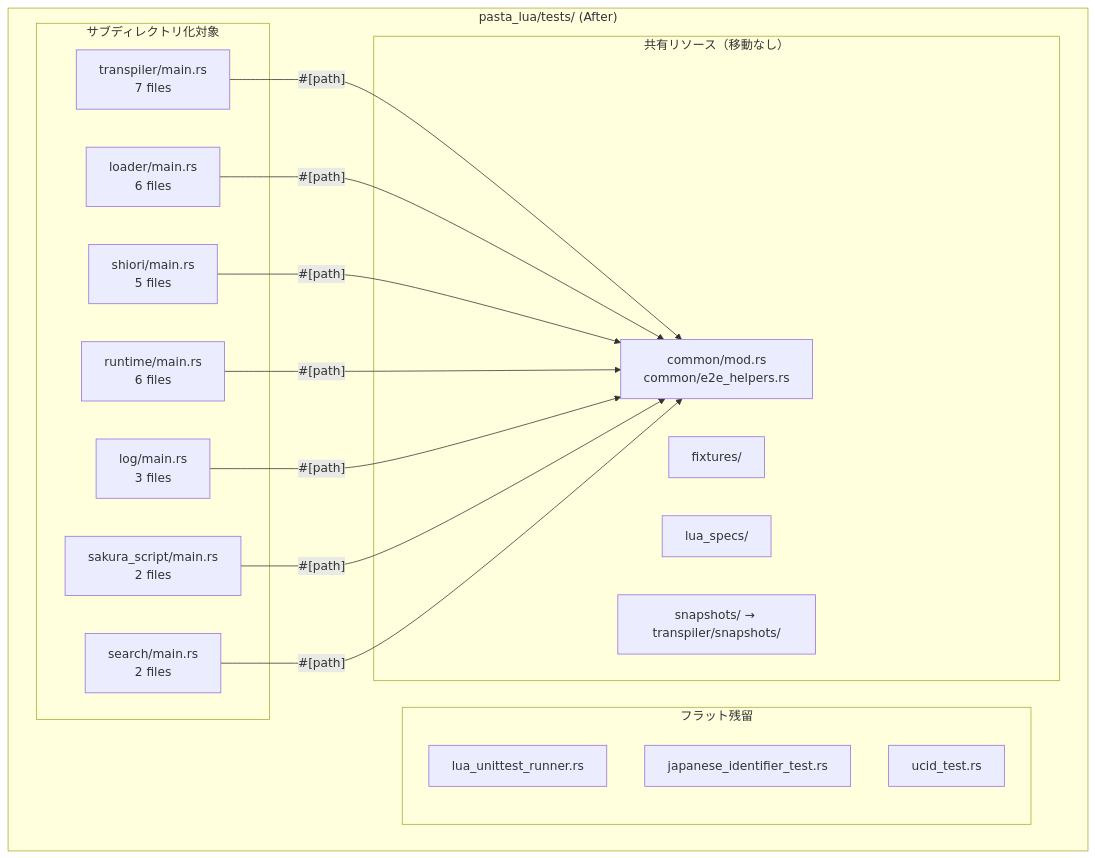
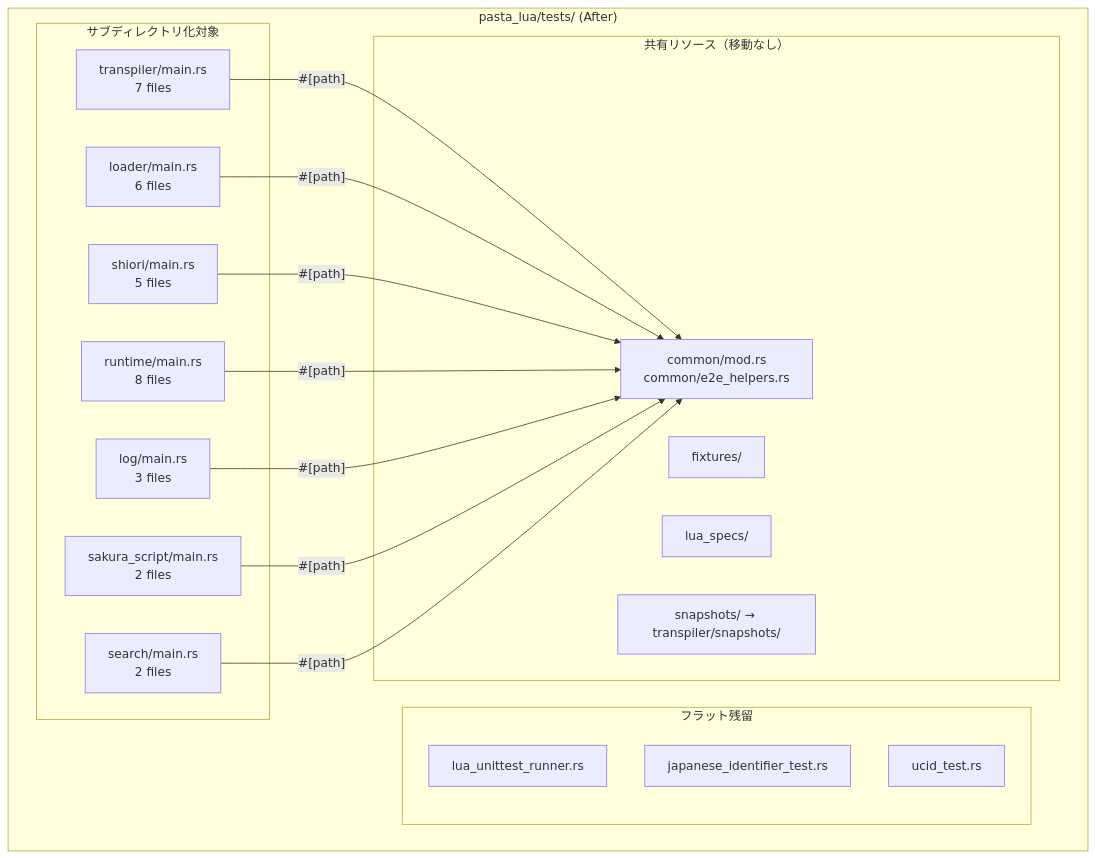
One commit to ekicyou/pasta changed the first of 4 diagrams in .kiro/specs/namespace-refactoring/design.md. Above: the diagram before and after it, drawn with Mermaid. The commit also changed other lines of this file, not shown here.

First line of the commit message:
fix(spec): stdlib テスト 2 件を runtime/ に統合確定

````diff
--- a/.kiro/specs/namespace-refactoring/design.md
+++ b/.kiro/specs/namespace-refactoring/design.md
@@ -43,29 +43,29 @@
 ```mermaid
 graph TB
     subgraph "pasta_lua/tests/ (After)"
         subgraph "サブディレクトリ化対象"
             TR[transpiler/main.rs<br/>7 files]
             LD[loader/main.rs<br/>6 files]
             SH[shiori/main.rs<br/>5 files]
-            RT[runtime/main.rs<br/>6 files]
+            RT[runtime/main.rs<br/>8 files]
             LG[log/main.rs<br/>3 files]
             SS[sakura_script/main.rs<br/>2 files]
             SE[search/main.rs<br/>2 files]
         end
 
         subgraph "フラット残留"
             LU[lua_unittest_runner.rs]
             JI[japanese_identifier_test.rs]
             UC[ucid_test.rs]
         end
 
         subgraph "共有リソース（移動なし）"
             CM[common/mod.rs<br/>common/e2e_helpers.rs]
             FX[fixtures/]
             LS[lua_specs/]
             SN[snapshots/ → transpiler/snapshots/]
         end
 
         TR & LD & SH & RT & LG & SS & SE -->|"#[path]"| CM
     end
 ```
````
